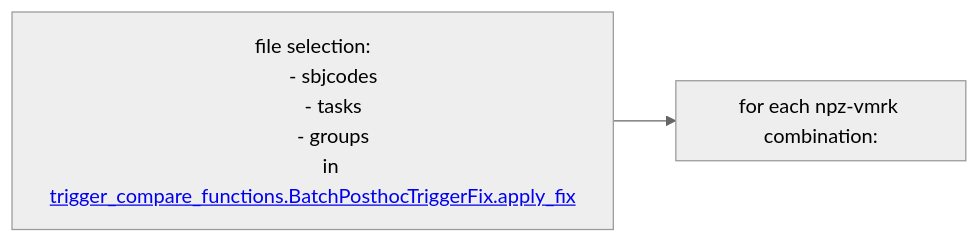
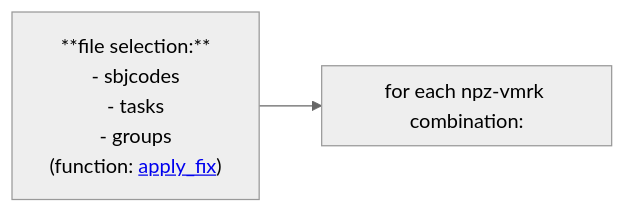
The diagram in README.md (neuro-dream/Trigger-Fix), drawn with Mermaid (neutral theme) before and after one commit.

````diff
--- a/README.md
+++ b/README.md
@@ -30,17 +30,17 @@
 ```mermaid
 graph LR;
-    A["file selection:
+    A["**file selection:**
 	- sbjcodes
 	- tasks
 	- groups
-	in <a href='[https://github.com/neurodream/Trigger-Fix/blob/main/trigfix/trigger_compare_functions.py#L170](https://github.com/neurodream/Trigger-Fix/blob/main/trigfix/trigger_compare_functions.py#L92)'>trigger_compare_functions.BatchPosthocTriggerFix.apply_fix</a>"]
+	(function: <a href='[https://github.com/neurodream/Trigger-Fix/blob/main/trigfix/trigger_compare_functions.py#L170](https://github.com/neurodream/Trigger-Fix/blob/main/trigfix/trigger_compare_functions.py#L92)'>apply_fix</a>)"]
 
 subgraph for_each_file_comb["for each npz-vmrk combination:"]
     direction TB
 end
 
     A-->for_each_file_comb;
     %% A-->C;
     %% B-->D;
     %% C-->D;
 ```
````
